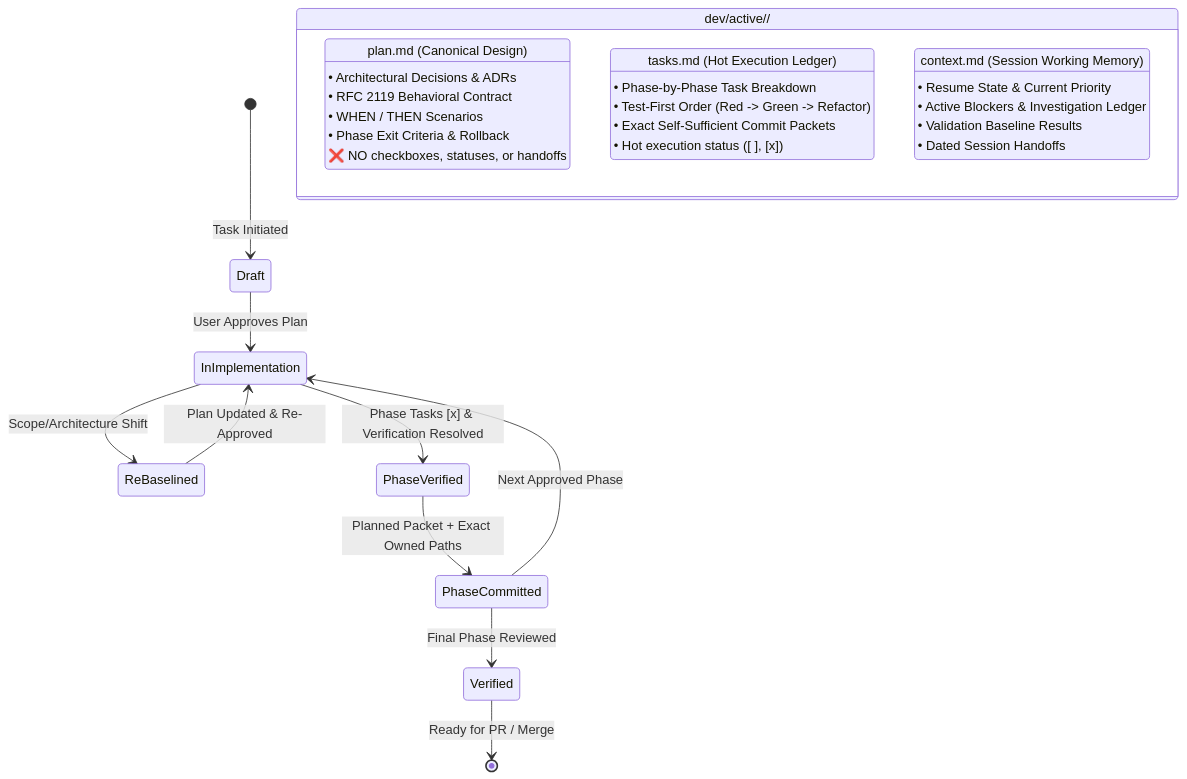
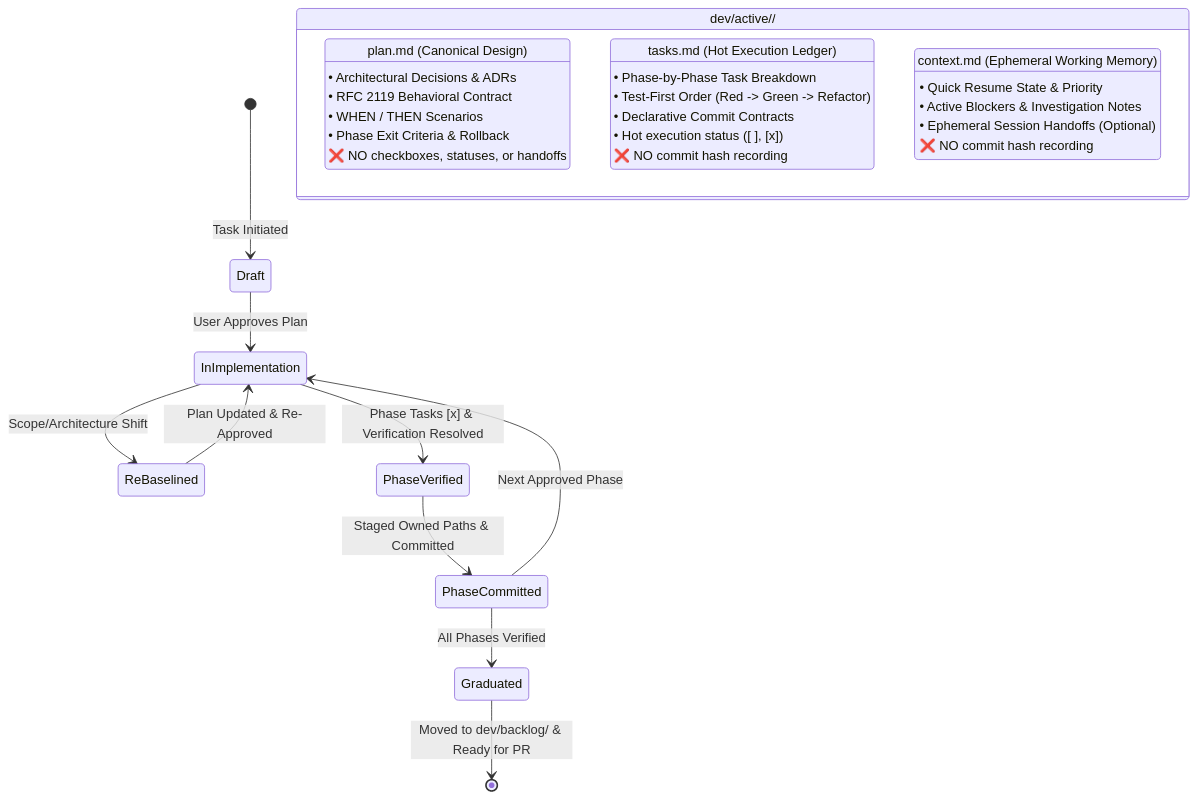
Before and after one commit to islamu-ngo/Explore: the fifth of 8 diagrams in docs/internal/AGENTIC_CONTEXT_ENGINEERING.md, drawn with Mermaid. The commit also changed other lines of this file and 12 other files, not shown here.

First line of the commit message:
docs(architecture): align agent workflow skills and context engineering for single-session execution

````diff
--- a/docs/internal/AGENTIC_CONTEXT_ENGINEERING.md
+++ b/docs/internal/AGENTIC_CONTEXT_ENGINEERING.md
@@ -229,35 +230,36 @@
 ```mermaid
 stateDiagram-v2
     [*] --> Draft: Task Initiated
 
     state "dev/active/<task>/" as ActiveWorkstream {
         state "plan.md (Canonical Design)" as PlanDoc
         state "tasks.md (Hot Execution Ledger)" as TasksDoc
-        state "context.md (Session Working Memory)" as ContextDoc
+        state "context.md (Ephemeral Working Memory)" as ContextDoc
         
         PlanDoc: • Architectural Decisions & ADRs
         PlanDoc: • RFC 2119 Behavioral Contract
         PlanDoc: • WHEN / THEN Scenarios
         PlanDoc: • Phase Exit Criteria & Rollback
         PlanDoc: ❌ NO checkboxes, statuses, or handoffs
         
         TasksDoc: • Phase-by-Phase Task Breakdown
         TasksDoc: • Test-First Order (Red -> Green -> Refactor)
-        TasksDoc: • Exact Self-Sufficient Commit Packets
+        TasksDoc: • Declarative Commit Contracts
         TasksDoc: • Hot execution status ([ ], [x])
+        TasksDoc: ❌ NO commit hash recording
         
-        ContextDoc: • Resume State & Current Priority
-        ContextDoc: • Active Blockers & Investigation Ledger
-        ContextDoc: • Validation Baseline Results
-        ContextDoc: • Dated Session Handoffs
+        ContextDoc: • Quick Resume State & Priority
+        ContextDoc: • Active Blockers & Investigation Notes
+        ContextDoc: • Ephemeral Session Handoffs (Optional)
+        ContextDoc: ❌ NO commit hash recording
     }
 
     Draft --> InImplementation: User Approves Plan
     InImplementation --> ReBaselined: Scope/Architecture Shift
     ReBaselined --> InImplementation: Plan Updated & Re-Approved
     InImplementation --> PhaseVerified: Phase Tasks [x] & Verification Resolved
-    PhaseVerified --> PhaseCommitted: Planned Packet + Exact Owned Paths
+    PhaseVerified --> PhaseCommitted: Staged Owned Paths & Committed
     PhaseCommitted --> InImplementation: Next Approved Phase
-    PhaseCommitted --> Verified: Final Phase Reviewed
-    Verified --> [*]: Ready for PR / Merge
+    PhaseCommitted --> Graduated: All Phases Verified
+    Graduated --> [*]: Moved to dev/backlog/ & Ready for PR
 ```
````
